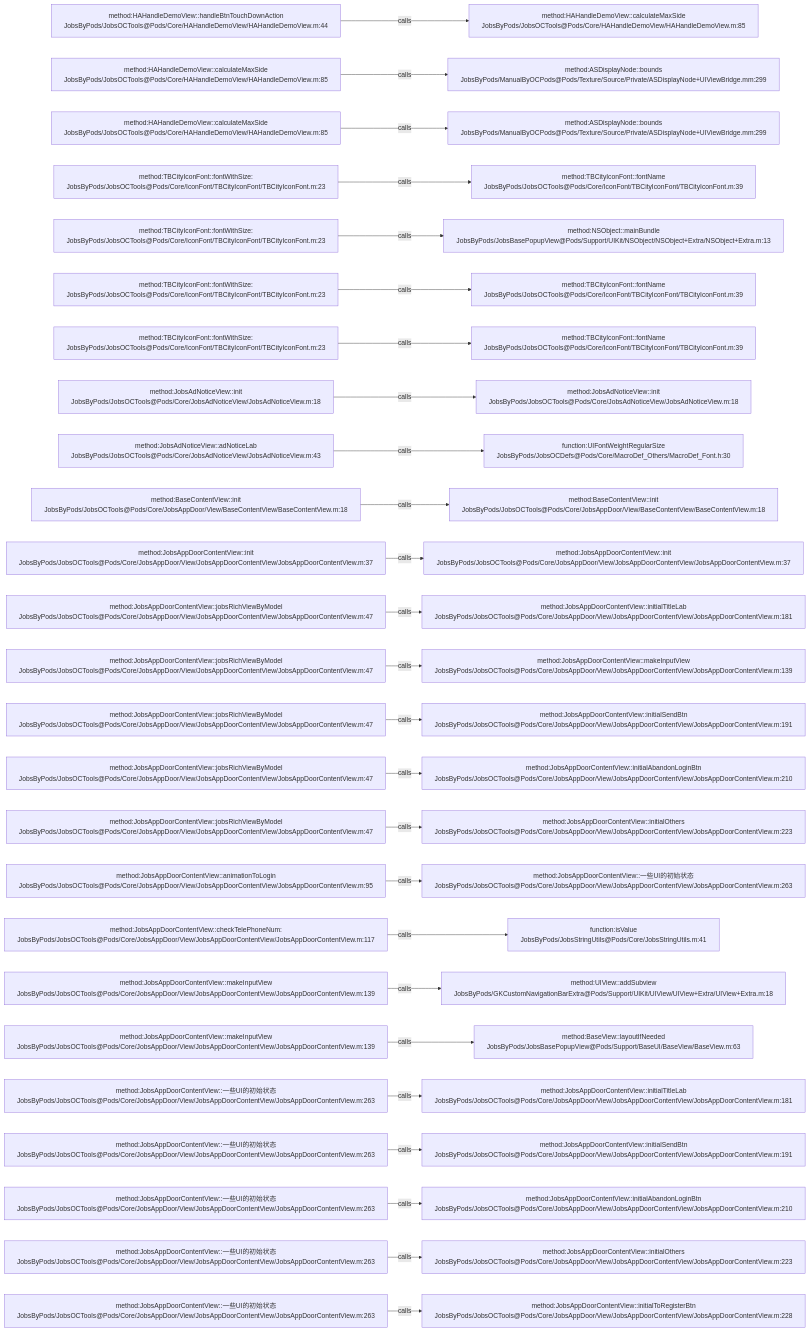
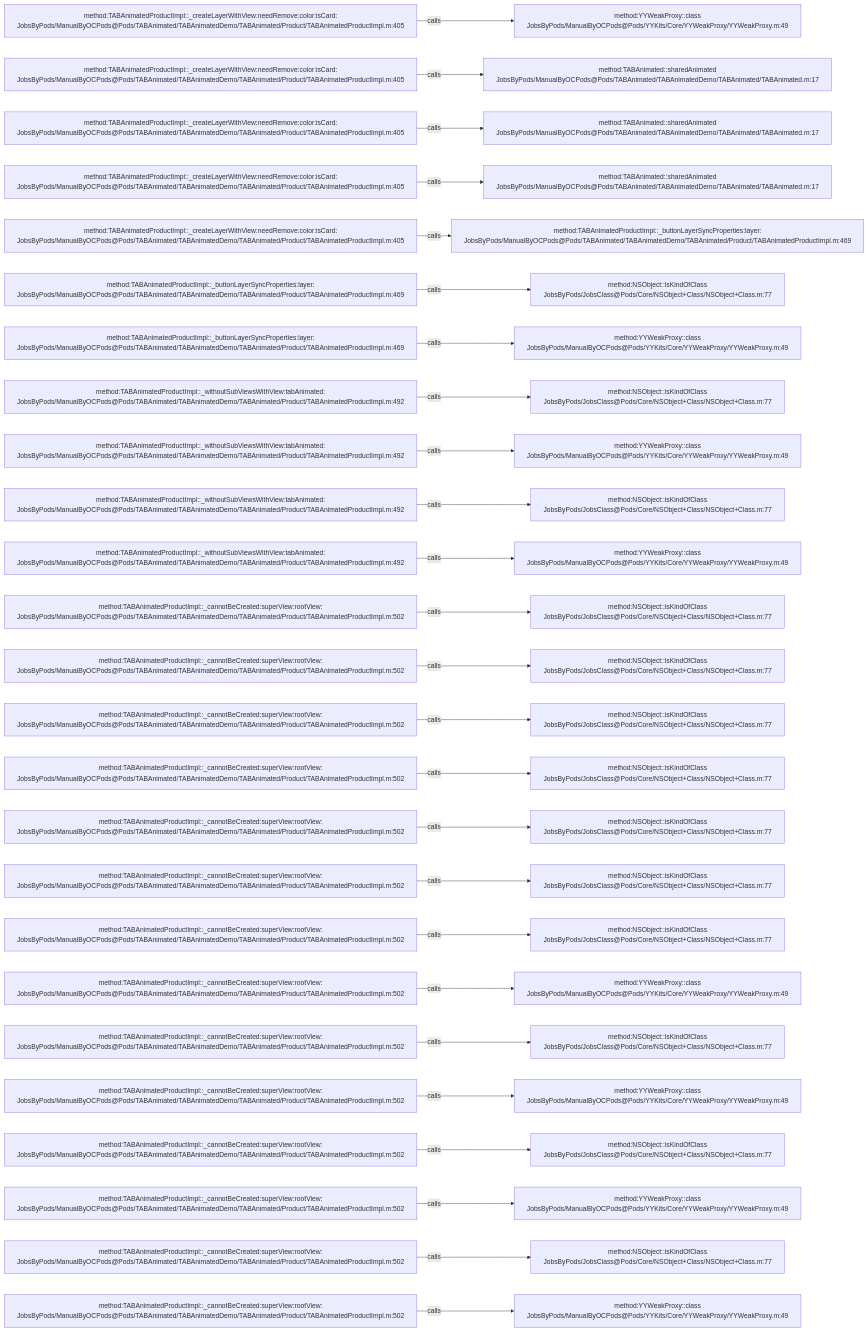
Before and after one commit to JobsKits/JobsOCBaseConfigDemo: the diagram in .codegraph/codegraph.md/graphs/calls-142.md, drawn with Mermaid. The commit also changed 573 other files, not shown here.

````diff
--- a/.codegraph/codegraph.md/graphs/calls-142.md
+++ b/.codegraph/codegraph.md/graphs/calls-142.md
@@ -13,78 +13,78 @@
 ```mermaid
 flowchart LR
-  S1["method:HAHandleDemoView::handleBtnTouchDownAction<br/>JobsByPods/JobsOCTools@Pods/Core/HAHandleDemoView/HAHandleDemoView.m:44"]
-  T1["method:HAHandleDemoView::calculateMaxSide<br/>JobsByPods/JobsOCTools@Pods/Core/HAHandleDemoView/HAHandleDemoView.m:85"]
+  S1["method:TABAnimatedProductImpl::_createLayerWithView:needRemove:color:isCard:<br/>JobsByPods/ManualByOCPods@Pods/TABAnimated/TABAnimatedDemo/TABAnimated/Product/TABAnimatedProductImpl.m:405"]
+  T1["method:YYWeakProxy::class<br/>JobsByPods/ManualByOCPods@Pods/YYKits/Core/YYWeakProxy/YYWeakProxy.m:49"]
   S1 -->|calls| T1
-  S2["method:HAHandleDemoView::calculateMaxSide<br/>JobsByPods/JobsOCTools@Pods/Core/HAHandleDemoView/HAHandleDemoView.m:85"]
-  T2["method:ASDisplayNode::bounds<br/>JobsByPods/ManualByOCPods@Pods/Texture/Source/Private/ASDisplayNode+UIViewBridge.mm:299"]
+  S2["method:TABAnimatedProductImpl::_createLayerWithView:needRemove:color:isCard:<br/>JobsByPods/ManualByOCPods@Pods/TABAnimated/TABAnimatedDemo/TABAnimated/Product/TABAnimatedProductImpl.m:405"]
+  T2["method:TABAnimated::sharedAnimated<br/>JobsByPods/ManualByOCPods@Pods/TABAnimated/TABAnimatedDemo/TABAnimated/TABAnimated.m:17"]
   S2 -->|calls| T2
-  S3["method:HAHandleDemoView::calculateMaxSide<br/>JobsByPods/JobsOCTools@Pods/Core/HAHandleDemoView/HAHandleDemoView.m:85"]
-  T3["method:ASDisplayNode::bounds<br/>JobsByPods/ManualByOCPods@Pods/Texture/Source/Private/ASDisplayNode+UIViewBridge.mm:299"]
+  S3["method:TABAnimatedProductImpl::_createLayerWithView:needRemove:color:isCard:<br/>JobsByPods/ManualByOCPods@Pods/TABAnimated/TABAnimatedDemo/TABAnimated/Product/TABAnimatedProductImpl.m:405"]
+  T3["method:TABAnimated::sharedAnimated<br/>JobsByPods/ManualByOCPods@Pods/TABAnimated/TABAnimatedDemo/TABAnimated/TABAnimated.m:17"]
   S3 -->|calls| T3
-  S4["method:TBCityIconFont::fontWithSize:<br/>JobsByPods/JobsOCTools@Pods/Core/IconFont/TBCityIconFont/TBCityIconFont.m:23"]
-  T4["method:TBCityIconFont::fontName<br/>JobsByPods/JobsOCTools@Pods/Core/IconFont/TBCityIconFont/TBCityIconFont.m:39"]
+  S4["method:TABAnimatedProductImpl::_createLayerWithView:needRemove:color:isCard:<br/>JobsByPods/ManualByOCPods@Pods/TABAnimated/TABAnimatedDemo/TABAnimated/Product/TABAnimatedProductImpl.m:405"]
+  T4["method:TABAnimated::sharedAnimated<br/>JobsByPods/ManualByOCPods@Pods/TABAnimated/TABAnimatedDemo/TABAnimated/TABAnimated.m:17"]
   S4 -->|calls| T4
-  S5["method:TBCityIconFont::fontWithSize:<br/>JobsByPods/JobsOCTools@Pods/Core/IconFont/TBCityIconFont/TBCityIconFont.m:23"]
-  T5["method:NSObject::mainBundle<br/>JobsByPods/JobsBasePopupView@Pods/Support/UIKit/NSObject/NSObject+Extra/NSObject+Extra.m:13"]
+  S5["method:TABAnimatedProductImpl::_createLayerWithView:needRemove:color:isCard:<br/>JobsByPods/ManualByOCPods@Pods/TABAnimated/TABAnimatedDemo/TABAnimated/Product/TABAnimatedProductImpl.m:405"]
+  T5["method:TABAnimatedProductImpl::_buttonLayerSyncProperties:layer:<br/>JobsByPods/ManualByOCPods@Pods/TABAnimated/TABAnimatedDemo/TABAnimated/Product/TABAnimatedProductImpl.m:469"]
   S5 -->|calls| T5
-  S6["method:TBCityIconFont::fontWithSize:<br/>JobsByPods/JobsOCTools@Pods/Core/IconFont/TBCityIconFont/TBCityIconFont.m:23"]
-  T6["method:TBCityIconFont::fontName<br/>JobsByPods/JobsOCTools@Pods/Core/IconFont/TBCityIconFont/TBCityIconFont.m:39"]
+  S6["method:TABAnimatedProductImpl::_buttonLayerSyncProperties:layer:<br/>JobsByPods/ManualByOCPods@Pods/TABAnimated/TABAnimatedDemo/TABAnimated/Product/TABAnimatedProductImpl.m:469"]
+  T6["method:NSObject::isKindOfClass<br/>JobsByPods/JobsClass@Pods/Core/NSObject+Class/NSObject+Class.m:77"]
   S6 -->|calls| T6
-  S7["method:TBCityIconFont::fontWithSize:<br/>JobsByPods/JobsOCTools@Pods/Core/IconFont/TBCityIconFont/TBCityIconFont.m:23"]
-  T7["method:TBCityIconFont::fontName<br/>JobsByPods/JobsOCTools@Pods/Core/IconFont/TBCityIconFont/TBCityIconFont.m:39"]
+  S7["method:TABAnimatedProductImpl::_buttonLayerSyncProperties:layer:<br/>JobsByPods/ManualByOCPods@Pods/TABAnimated/TABAnimatedDemo/TABAnimated/Product/TABAnimatedProductImpl.m:469"]
+  T7["method:YYWeakProxy::class<br/>JobsByPods/ManualByOCPods@Pods/YYKits/Core/YYWeakProxy/YYWeakProxy.m:49"]
   S7 -->|calls| T7
-  S8["method:JobsAdNoticeView::init<br/>JobsByPods/JobsOCTools@Pods/Core/JobsAdNoticeView/JobsAdNoticeView.m:18"]
-  T8["method:JobsAdNoticeView::init<br/>JobsByPods/JobsOCTools@Pods/Core/JobsAdNoticeView/JobsAdNoticeView.m:18"]
+  S8["method:TABAnimatedProductImpl::_withoutSubViewsWithView:tabAnimated:<br/>JobsByPods/ManualByOCPods@Pods/TABAnimated/TABAnimatedDemo/TABAnimated/Product/TABAnimatedProductImpl.m:492"]
+  T8["method:NSObject::isKindOfClass<br/>JobsByPods/JobsClass@Pods/Core/NSObject+Class/NSObject+Class.m:77"]
   S8 -->|calls| T8
-  S9["method:JobsAdNoticeView::adNoticeLab<br/>JobsByPods/JobsOCTools@Pods/Core/JobsAdNoticeView/JobsAdNoticeView.m:43"]
-  T9["function:UIFontWeightRegularSize<br/>JobsByPods/JobsOCDefs@Pods/Core/MacroDef_Others/MacroDef_Font.h:30"]
+  S9["method:TABAnimatedProductImpl::_withoutSubViewsWithView:tabAnimated:<br/>JobsByPods/ManualByOCPods@Pods/TABAnimated/TABAnimatedDemo/TABAnimated/Product/TABAnimatedProductImpl.m:492"]
+  T9["method:YYWeakProxy::class<br/>JobsByPods/ManualByOCPods@Pods/YYKits/Core/YYWeakProxy/YYWeakProxy.m:49"]
   S9 -->|calls| T9
-  S10["method:BaseContentView::init<br/>JobsByPods/JobsOCTools@Pods/Core/JobsAppDoor/View/BaseContentView/BaseContentView.m:18"]
-  T10["method:BaseContentView::init<br/>JobsByPods/JobsOCTools@Pods/Core/JobsAppDoor/View/BaseContentView/BaseContentView.m:18"]
+  S10["method:TABAnimatedProductImpl::_withoutSubViewsWithView:tabAnimated:<br/>JobsByPods/ManualByOCPods@Pods/TABAnimated/TABAnimatedDemo/TABAnimated/Product/TABAnimatedProductImpl.m:492"]
+  T10["method:NSObject::isKindOfClass<br/>JobsByPods/JobsClass@Pods/Core/NSObject+Class/NSObject+Class.m:77"]
   S10 -->|calls| T10
-  S11["method:JobsAppDoorContentView::init<br/>JobsByPods/JobsOCTools@Pods/Core/JobsAppDoor/View/JobsAppDoorContentView/JobsAppDoorContentView.m:37"]
-  T11["method:JobsAppDoorContentView::init<br/>JobsByPods/JobsOCTools@Pods/Core/JobsAppDoor/View/JobsAppDoorContentView/JobsAppDoorContentView.m:37"]
+  S11["method:TABAnimatedProductImpl::_withoutSubViewsWithView:tabAnimated:<br/>JobsByPods/ManualByOCPods@Pods/TABAnimated/TABAnimatedDemo/TABAnimated/Product/TABAnimatedProductImpl.m:492"]
+  T11["method:YYWeakProxy::class<br/>JobsByPods/ManualByOCPods@Pods/YYKits/Core/YYWeakProxy/YYWeakProxy.m:49"]
   S11 -->|calls| T11
-  S12["method:JobsAppDoorContentView::jobsRichViewByModel<br/>JobsByPods/JobsOCTools@Pods/Core/JobsAppDoor/View/JobsAppDoorContentView/JobsAppDoorContentView.m:47"]
-  T12["method:JobsAppDoorContentView::initialTitleLab<br/>JobsByPods/JobsOCTools@Pods/Core/JobsAppDoor/View/JobsAppDoorContentView/JobsAppDoorContentView.m:181"]
+  S12["method:TABAnimatedProductImpl::_cannotBeCreated:superView:rootView:<br/>JobsByPods/ManualByOCPods@Pods/TABAnimated/TABAnimatedDemo/TABAnimated/Product/TABAnimatedProductImpl.m:502"]
+  T12["method:NSObject::isKindOfClass<br/>JobsByPods/JobsClass@Pods/Core/NSObject+Class/NSObject+Class.m:77"]
   S12 -->|calls| T12
-  S13["method:JobsAppDoorContentView::jobsRichViewByModel<br/>JobsByPods/JobsOCTools@Pods/Core/JobsAppDoor/View/JobsAppDoorContentView/JobsAppDoorContentView.m:47"]
-  T13["method:JobsAppDoorContentView::makeInputView<br/>JobsByPods/JobsOCTools@Pods/Core/JobsAppDoor/View/JobsAppDoorContentView/JobsAppDoorContentView.m:139"]
+  S13["method:TABAnimatedProductImpl::_cannotBeCreated:superView:rootView:<br/>JobsByPods/ManualByOCPods@Pods/TABAnimated/TABAnimatedDemo/TABAnimated/Product/TABAnimatedProductImpl.m:502"]
+  T13["method:NSObject::isKindOfClass<br/>JobsByPods/JobsClass@Pods/Core/NSObject+Class/NSObject+Class.m:77"]
   S13 -->|calls| T13
-  S14["method:JobsAppDoorContentView::jobsRichViewByModel<br/>JobsByPods/JobsOCTools@Pods/Core/JobsAppDoor/View/JobsAppDoorContentView/JobsAppDoorContentView.m:47"]
-  T14["method:JobsAppDoorContentView::initialSendBtn<br/>JobsByPods/JobsOCTools@Pods/Core/JobsAppDoor/View/JobsAppDoorContentView/JobsAppDoorContentView.m:191"]
+  S14["method:TABAnimatedProductImpl::_cannotBeCreated:superView:rootView:<br/>JobsByPods/ManualByOCPods@Pods/TABAnimated/TABAnimatedDemo/TABAnimated/Product/TABAnimatedProductImpl.m:502"]
+  T14["method:NSObject::isKindOfClass<br/>JobsByPods/JobsClass@Pods/Core/NSObject+Class/NSObject+Class.m:77"]
   S14 -->|calls| T14
-  S15["method:JobsAppDoorContentView::jobsRichViewByModel<br/>JobsByPods/JobsOCTools@Pods/Core/JobsAppDoor/View/JobsAppDoorContentView/JobsAppDoorContentView.m:47"]
-  T15["method:JobsAppDoorContentView::initialAbandonLoginBtn<br/>JobsByPods/JobsOCTools@Pods/Core/JobsAppDoor/View/JobsAppDoorContentView/JobsAppDoorContentView.m:210"]
+  S15["method:TABAnimatedProductImpl::_cannotBeCreated:superView:rootView:<br/>JobsByPods/ManualByOCPods@Pods/TABAnimated/TABAnimatedDemo/TABAnimated/Product/TABAnimatedProductImpl.m:502"]
+  T15["method:NSObject::isKindOfClass<br/>JobsByPods/JobsClass@Pods/Core/NSObject+Class/NSObject+Class.m:77"]
   S15 -->|calls| T15
-  S16["method:JobsAppDoorContentView::jobsRichViewByModel<br/>JobsByPods/JobsOCTools@Pods/Core/JobsAppDoor/View/JobsAppDoorContentView/JobsAppDoorContentView.m:47"]
-  T16["method:JobsAppDoorContentView::initialOthers<br/>JobsByPods/JobsOCTools@Pods/Core/JobsAppDoor/View/JobsAppDoorContentView/JobsAppDoorContentView.m:223"]
+  S16["method:TABAnimatedProductImpl::_cannotBeCreated:superView:rootView:<br/>JobsByPods/ManualByOCPods@Pods/TABAnimated/TABAnimatedDemo/TABAnimated/Product/TABAnimatedProductImpl.m:502"]
+  T16["method:NSObject::isKindOfClass<br/>JobsByPods/JobsClass@Pods/Core/NSObject+Class/NSObject+Class.m:77"]
   S16 -->|calls| T16
-  S17["method:JobsAppDoorContentView::animationToLogin<br/>JobsByPods/JobsOCTools@Pods/Core/JobsAppDoor/View/JobsAppDoorContentView/JobsAppDoorContentView.m:95"]
-  T17["method:JobsAppDoorContentView::一些UI的初始状态<br/>JobsByPods/JobsOCTools@Pods/Core/JobsAppDoor/View/JobsAppDoorContentView/JobsAppDoorContentView.m:263"]
+  S17["method:TABAnimatedProductImpl::_cannotBeCreated:superView:rootView:<br/>JobsByPods/ManualByOCPods@Pods/TABAnimated/TABAnimatedDemo/TABAnimated/Product/TABAnimatedProductImpl.m:502"]
+  T17["method:NSObject::isKindOfClass<br/>JobsByPods/JobsClass@Pods/Core/NSObject+Class/NSObject+Class.m:77"]
   S17 -->|calls| T17
-  S18["method:JobsAppDoorContentView::checkTelePhoneNum:<br/>JobsByPods/JobsOCTools@Pods/Core/JobsAppDoor/View/JobsAppDoorContentView/JobsAppDoorContentView.m:117"]
-  T18["function:isValue<br/>JobsByPods/JobsStringUtils@Pods/Core/JobsStringUtils.m:41"]
+  S18["method:TABAnimatedProductImpl::_cannotBeCreated:superView:rootView:<br/>JobsByPods/ManualByOCPods@Pods/TABAnimated/TABAnimatedDemo/TABAnimated/Product/TABAnimatedProductImpl.m:502"]
+  T18["method:NSObject::isKindOfClass<br/>JobsByPods/JobsClass@Pods/Core/NSObject+Class/NSObject+Class.m:77"]
   S18 -->|calls| T18
-  S19["method:JobsAppDoorContentView::makeInputView<br/>JobsByPods/JobsOCTools@Pods/Core/JobsAppDoor/View/JobsAppDoorContentView/JobsAppDoorContentView.m:139"]
-  T19["method:UIView::addSubview<br/>JobsByPods/GKCustomNavigationBarExtra@Pods/Support/UIKit/UIView/UIView+Extra/UIView+Extra.m:18"]
+  S19["method:TABAnimatedProductImpl::_cannotBeCreated:superView:rootView:<br/>JobsByPods/ManualByOCPods@Pods/TABAnimated/TABAnimatedDemo/TABAnimated/Product/TABAnimatedProductImpl.m:502"]
+  T19["method:YYWeakProxy::class<br/>JobsByPods/ManualByOCPods@Pods/YYKits/Core/YYWeakProxy/YYWeakProxy.m:49"]
   S19 -->|calls| T19
-  S20["method:JobsAppDoorContentView::makeInputView<br/>JobsByPods/JobsOCTools@Pods/Core/JobsAppDoor/View/JobsAppDoorContentView/JobsAppDoorContentView.m:139"]
-  T20["method:BaseView::layoutIfNeeded<br/>JobsByPods/JobsBasePopupView@Pods/Support/BaseUI/BaseView/BaseView.m:63"]
+  S20["method:TABAnimatedProductImpl::_cannotBeCreated:superView:rootView:<br/>JobsByPods/ManualByOCPods@Pods/TABAnimated/TABAnimatedDemo/TABAnimated/Product/TABAnimatedProductImpl.m:502"]
+  T20["method:NSObject::isKindOfClass<br/>JobsByPods/JobsClass@Pods/Core/NSObject+Class/NSObject+Class.m:77"]
   S20 -->|calls| T20
-  S21["method:JobsAppDoorContentView::一些UI的初始状态<br/>JobsByPods/JobsOCTools@Pods/Core/JobsAppDoor/View/JobsAppDoorContentView/JobsAppDoorContentView.m:263"]
-  T21["method:JobsAppDoorContentView::initialTitleLab<br/>JobsByPods/JobsOCTools@Pods/Core/JobsAppDoor/View/JobsAppDoorContentView/JobsAppDoorContentView.m:181"]
+  S21["method:TABAnimatedProductImpl::_cannotBeCreated:superView:rootView:<br/>JobsByPods/ManualByOCPods@Pods/TABAnimated/TABAnimatedDemo/TABAnimated/Product/TABAnimatedProductImpl.m:502"]
+  T21["method:YYWeakProxy::class<br/>JobsByPods/ManualByOCPods@Pods/YYKits/Core/YYWeakProxy/YYWeakProxy.m:49"]
   S21 -->|calls| T21
-  S22["method:JobsAppDoorContentView::一些UI的初始状态<br/>JobsByPods/JobsOCTools@Pods/Core/JobsAppDoor/View/JobsAppDoorContentView/JobsAppDoorContentView.m:263"]
-  T22["method:JobsAppDoorContentView::initialSendBtn<br/>JobsByPods/JobsOCTools@Pods/Core/JobsAppDoor/View/JobsAppDoorContentView/JobsAppDoorContentView.m:191"]
+  S22["method:TABAnimatedProductImpl::_cannotBeCreated:superView:rootView:<br/>JobsByPods/ManualByOCPods@Pods/TABAnimated/TABAnimatedDemo/TABAnimated/Product/TABAnimatedProductImpl.m:502"]
+  T22["method:NSObject::isKindOfClass<br/>JobsByPods/JobsClass@Pods/Core/NSObject+Class/NSObject+Class.m:77"]
   S22 -->|calls| T22
-  S23["method:JobsAppDoorContentView::一些UI的初始状态<br/>JobsByPods/JobsOCTools@Pods/Core/JobsAppDoor/View/JobsAppDoorContentView/JobsAppDoorContentView.m:263"]
-  T23["method:JobsAppDoorContentView::initialAbandonLoginBtn<br/>JobsByPods/JobsOCTools@Pods/Core/JobsAppDoor/View/JobsAppDoorContentView/JobsAppDoorContentView.m:210"]
+  S23["method:TABAnimatedProductImpl::_cannotBeCreated:superView:rootView:<br/>JobsByPods/ManualByOCPods@Pods/TABAnimated/TABAnimatedDemo/TABAnimated/Product/TABAnimatedProductImpl.m:502"]
+  T23["method:YYWeakProxy::class<br/>JobsByPods/ManualByOCPods@Pods/YYKits/Core/YYWeakProxy/YYWeakProxy.m:49"]
   S23 -->|calls| T23
-  S24["method:JobsAppDoorContentView::一些UI的初始状态<br/>JobsByPods/JobsOCTools@Pods/Core/JobsAppDoor/View/JobsAppDoorContentView/JobsAppDoorContentView.m:263"]
-  T24["method:JobsAppDoorContentView::initialOthers<br/>JobsByPods/JobsOCTools@Pods/Core/JobsAppDoor/View/JobsAppDoorContentView/JobsAppDoorContentView.m:223"]
+  S24["method:TABAnimatedProductImpl::_cannotBeCreated:superView:rootView:<br/>JobsByPods/ManualByOCPods@Pods/TABAnimated/TABAnimatedDemo/TABAnimated/Product/TABAnimatedProductImpl.m:502"]
+  T24["method:NSObject::isKindOfClass<br/>JobsByPods/JobsClass@Pods/Core/NSObject+Class/NSObject+Class.m:77"]
   S24 -->|calls| T24
-  S25["method:JobsAppDoorContentView::一些UI的初始状态<br/>JobsByPods/JobsOCTools@Pods/Core/JobsAppDoor/View/JobsAppDoorContentView/JobsAppDoorContentView.m:263"]
-  T25["method:JobsAppDoorContentView::initialToRegisterBtn<br/>JobsByPods/JobsOCTools@Pods/Core/JobsAppDoor/View/JobsAppDoorContentView/JobsAppDoorContentView.m:228"]
+  S25["method:TABAnimatedProductImpl::_cannotBeCreated:superView:rootView:<br/>JobsByPods/ManualByOCPods@Pods/TABAnimated/TABAnimatedDemo/TABAnimated/Product/TABAnimatedProductImpl.m:502"]
+  T25["method:YYWeakProxy::class<br/>JobsByPods/ManualByOCPods@Pods/YYKits/Core/YYWeakProxy/YYWeakProxy.m:49"]
   S25 -->|calls| T25
 ```
````
